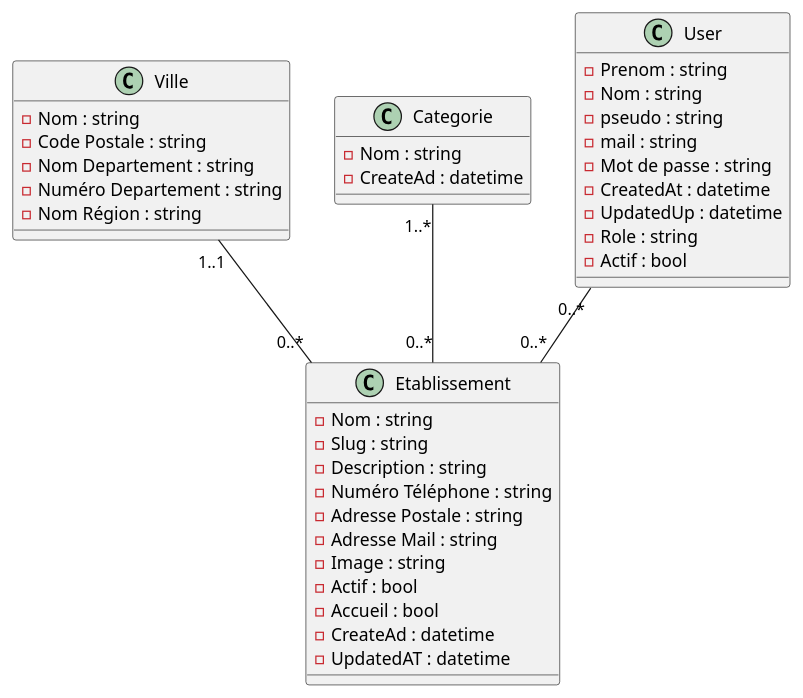
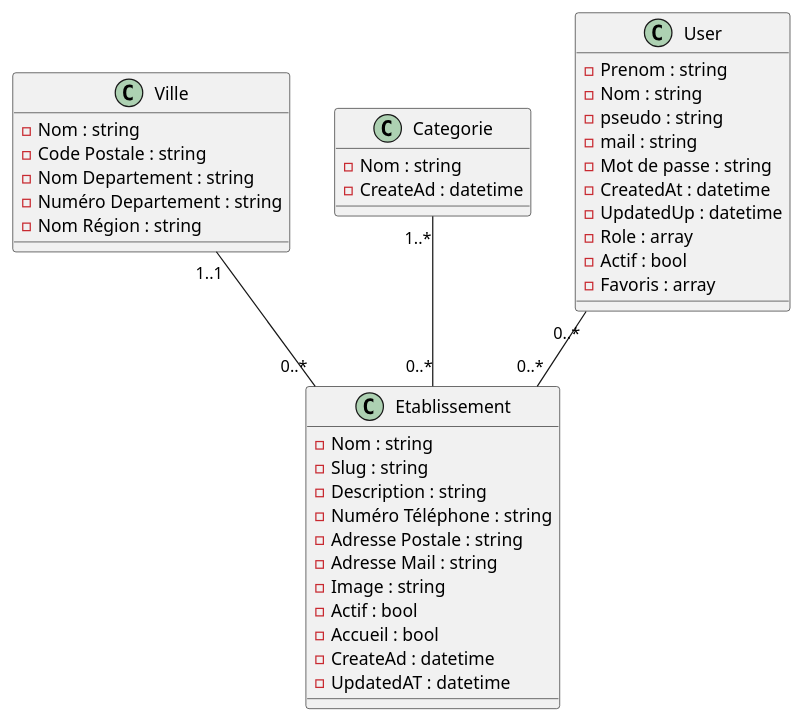
One commit to Zaldaf/FC-Tourisme changed the diagram in documentation/diagramme de classe.puml. Above: the diagram before and after it, drawn with PlantUML. The commit also changed 5 other files, not shown here.

```diff
--- a/documentation/diagramme de classe.puml
+++ b/documentation/diagramme de classe.puml
@@ -1,50 +1,50 @@
 @startuml
 'https://plantuml.com/class-diagram
 
 
 class Etablissement {
 -Nom : string
 -Slug : string
 -Description : string
 -Numéro Téléphone : string
 -Adresse Postale : string
 -Adresse Mail : string
 -Image : string
 -Actif : bool
 -Accueil : bool
 -CreateAd : datetime
 -UpdatedAT : datetime
 
 }
 
 class Ville {
 -Nom : string
 -Code Postale : string
 -Nom Departement : string
 -Numéro Departement : string
 -Nom Région : string
 
 }
 
 class Categorie {
 -Nom : string
 -CreateAd : datetime
 }
 
 class User {
 -Prenom : string
 -Nom : string
 -pseudo : string
 -mail : string
 -Mot de passe : string
 -CreatedAt : datetime
 -UpdatedUp : datetime
--Role : string
+-Role : array
 -Actif : bool
-
+-Favoris : array
 }
 User "0..*"--"0..*" Etablissement
 Ville "1..1"--"0..*" Etablissement
 Categorie "1..*"--"0..*" Etablissement
 
 @enduml
```
